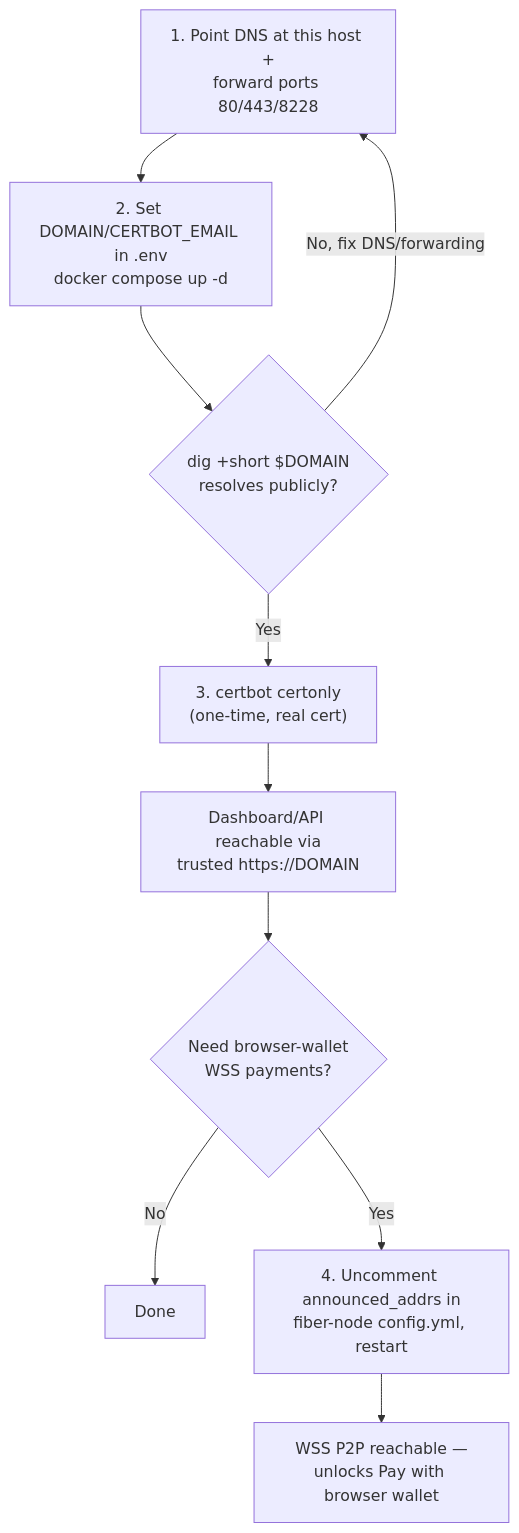
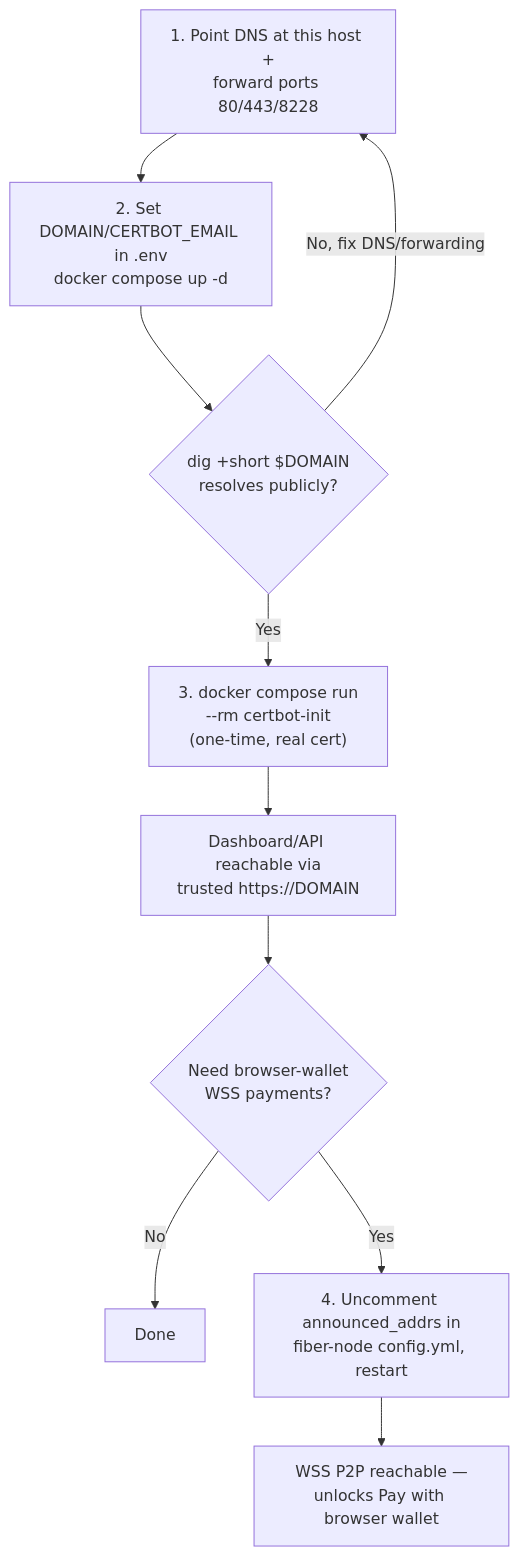
The second of 2 diagrams in docs/merchants/public-https-deploy.md (tiennt0212/FiberGate), drawn with Mermaid before and after one commit. The commit also changed other lines of this file and 9 other files, not shown here.

````diff
--- a/docs/merchants/public-https-deploy.md
+++ b/docs/merchants/public-https-deploy.md
@@ -35,12 +35,12 @@
 ```mermaid
 flowchart TD
     A["1. Point DNS at this host +<br/>forward ports 80/443/8228"] --> B["2. Set DOMAIN/CERTBOT_EMAIL in .env<br/>docker compose up -d"]
     B --> C{"dig +short $DOMAIN<br/>resolves publicly?"}
     C -->|No, fix DNS/forwarding| A
-    C -->|Yes| D["3. certbot certonly<br/>(one-time, real cert)"]
+    C -->|Yes| D["3. docker compose run<br/>--rm certbot-init<br/>(one-time, real cert)"]
     D --> E["Dashboard/API reachable via<br/>trusted https://DOMAIN"]
     E --> F{"Need browser-wallet<br/>WSS payments?"}
     F -->|No| G["Done"]
     F -->|Yes| H["4. Uncomment announced_addrs in<br/>fiber-node config.yml, restart"]
     H --> I["WSS P2P reachable —<br/>unlocks Pay with browser wallet"]
 ```
````
